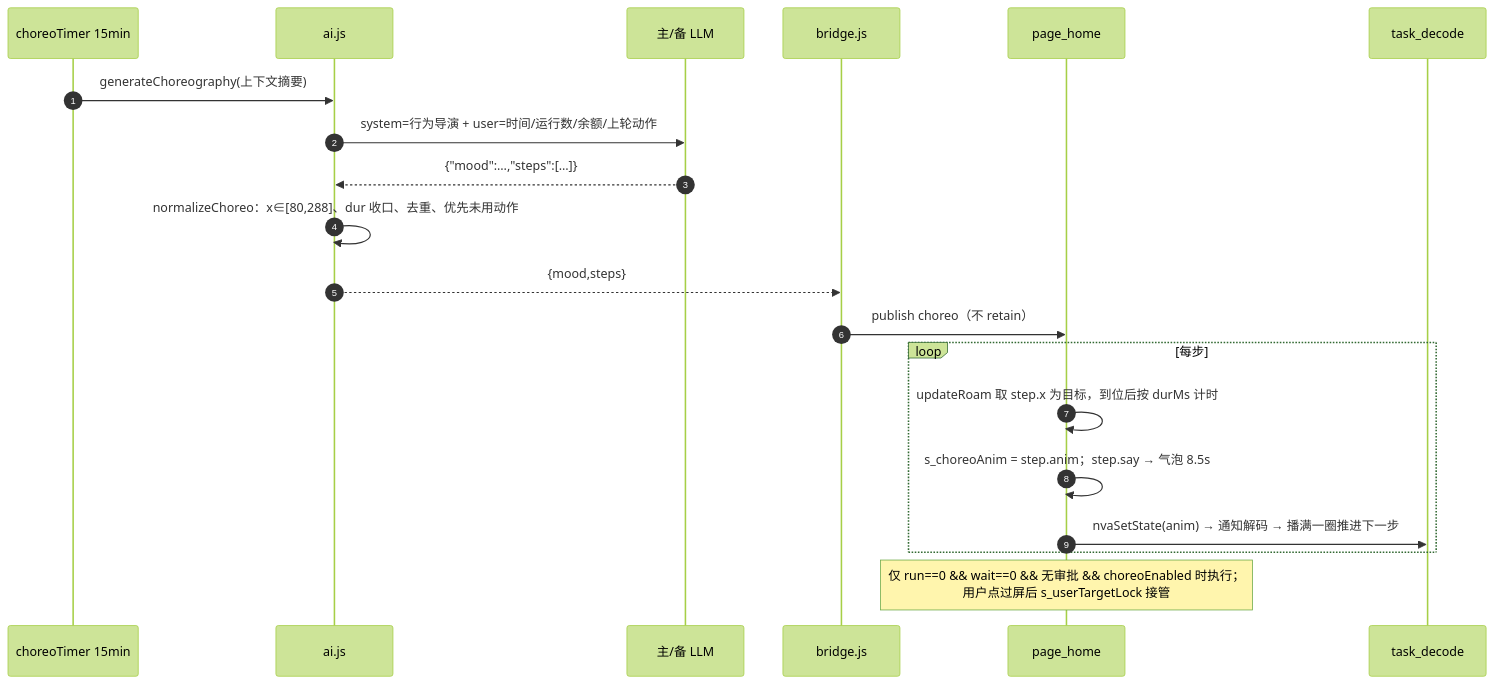
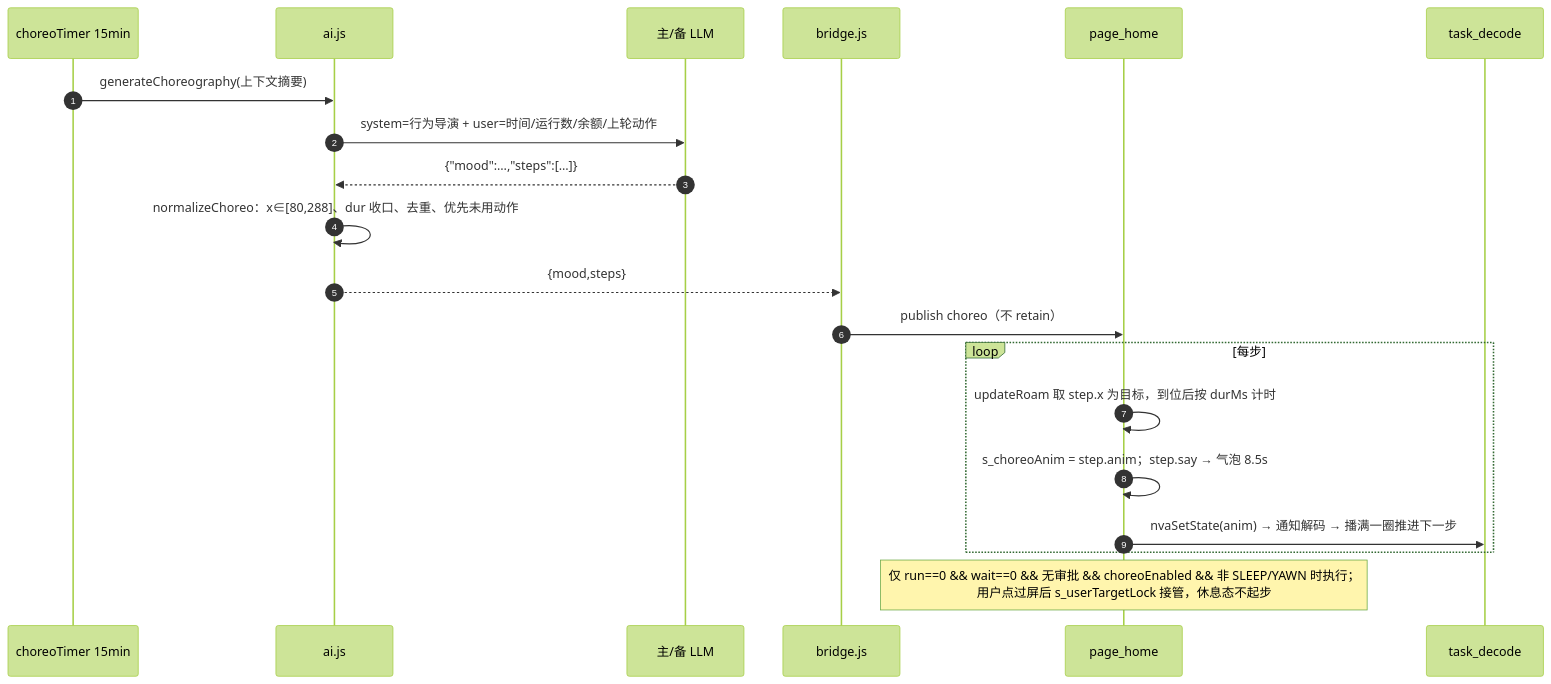
One commit to JAYcodr/whale-buddy-esp32 changed the seventh of 11 diagrams in docs/ARCHITECTURE.md. Above: the diagram before and after it, drawn with Mermaid (forest theme). The commit also changed other lines of this file and 3 other files, not shown here.

````diff
--- a/docs/ARCHITECTURE.md
+++ b/docs/ARCHITECTURE.md
@@ -376,23 +376,23 @@
 ```mermaid
 sequenceDiagram
     autonumber
     participant TM as choreoTimer 15min
     participant AI as ai.js
     participant LLM as 主/备 LLM
     participant BR as bridge.js
     participant DEV as page_home
     participant NVA as task_decode
 
     TM->>AI: generateChoreography(上下文摘要)
     AI->>LLM: system=行为导演 + user=时间/运行数/余额/上轮动作
     LLM-->>AI: {"mood":…,"steps":[…]}
     AI->>AI: normalizeChoreo：x∈[80,288]、dur 收口、去重、优先未用动作
     AI-->>BR: {mood,steps}
     BR->>DEV: publish choreo（不 retain）
     loop 每步
         DEV->>DEV: updateRoam 取 step.x 为目标，到位后按 durMs 计时
         DEV->>DEV: s_choreoAnim = step.anim；step.say → 气泡 8.5s
         DEV->>NVA: nvaSetState(anim) → 通知解码 → 播满一圈推进下一步
     end
-    Note over DEV: 仅 run==0 && wait==0 && 无审批 && choreoEnabled 时执行；<br/>用户点过屏后 s_userTargetLock 接管
+    Note over DEV: 仅 run==0 && wait==0 && 无审批 && choreoEnabled && 非 SLEEP/YAWN 时执行；<br/>用户点过屏后 s_userTargetLock 接管，休息态不起步
 ```
````
